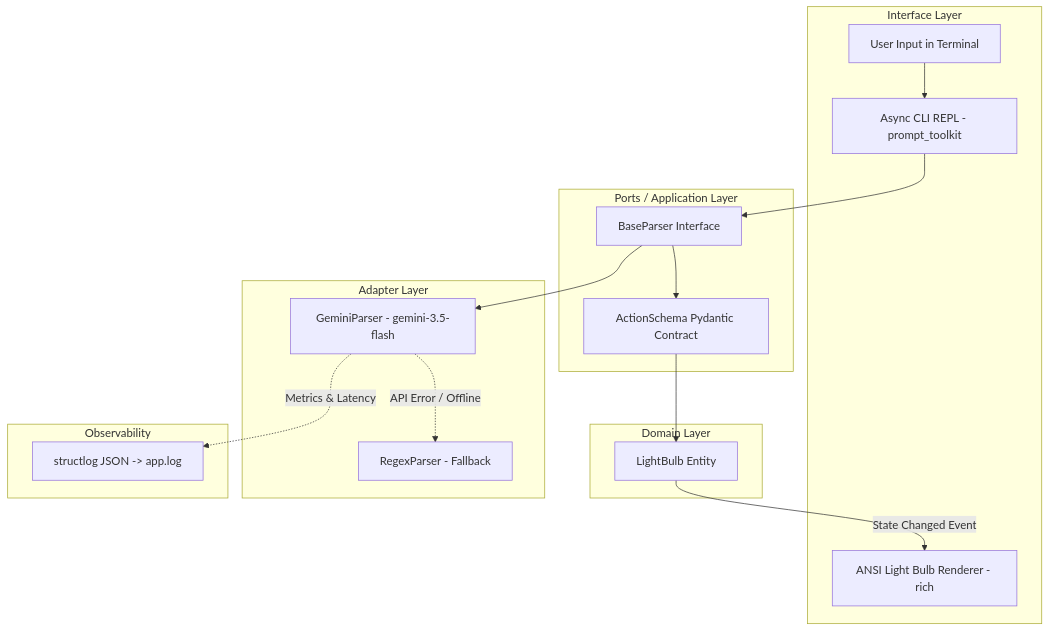
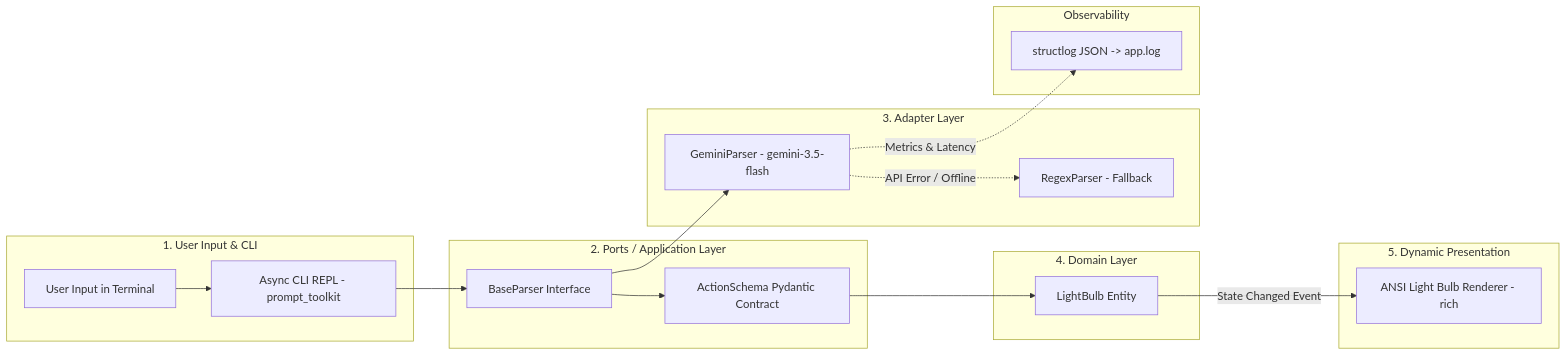
Before and after one commit to shin7965977/light_AI-Superior: the diagram in SOLUTION.md, drawn with Mermaid.

Commit message:
docs: adjust architecture flowchart to left-to-right (LR) flow for intuitive reading

````diff
--- a/SOLUTION.md
+++ b/SOLUTION.md
@@ -49,26 +49,28 @@
 ```mermaid
-flowchart TD
-    subgraph Interface Layer [Interface Layer]
+flowchart LR
+    subgraph UI_Input [1. User Input & CLI]
         A[User Input in Terminal] --> B[Async CLI REPL - prompt_toolkit]
-        G[ANSI Light Bulb Renderer - rich]
     end
 
-    subgraph Ports Layer [Ports / Application Layer]
+    subgraph Ports [2. Ports / Application Layer]
         B --> C[BaseParser Interface]
         C --> D[ActionSchema Pydantic Contract]
     end
 
-    subgraph Adapter Layer [Adapter Layer]
+    subgraph Adapters [3. Adapter Layer]
         C --> E[GeminiParser - gemini-3.5-flash]
         E -. API Error / Offline .-> F[RegexParser - Fallback]
     end
 
-    subgraph Domain Layer [Domain Layer]
+    subgraph Domain [4. Domain Layer]
         D --> H[LightBulb Entity]
-        H -->|State Changed Event| G
+    end
+
+    subgraph UI_Output [5. Dynamic Presentation]
+        H -->|State Changed Event| G[ANSI Light Bulb Renderer - rich]
     end
 
     subgraph Observability [Observability]
         E -. Metrics & Latency .-> I[structlog JSON -> app.log]
     end
 ```
````
